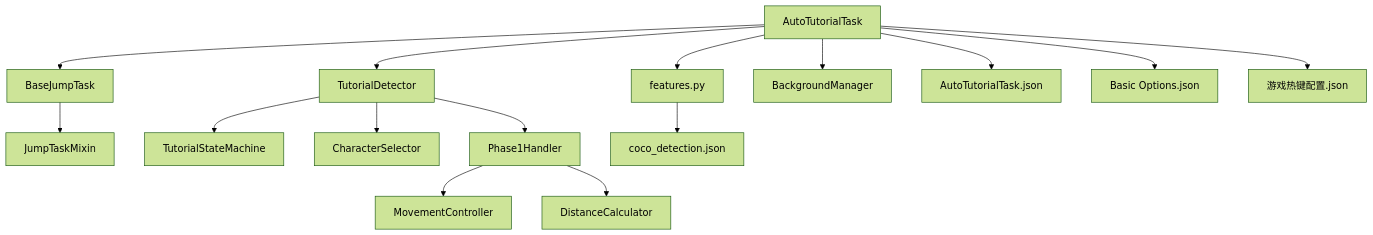
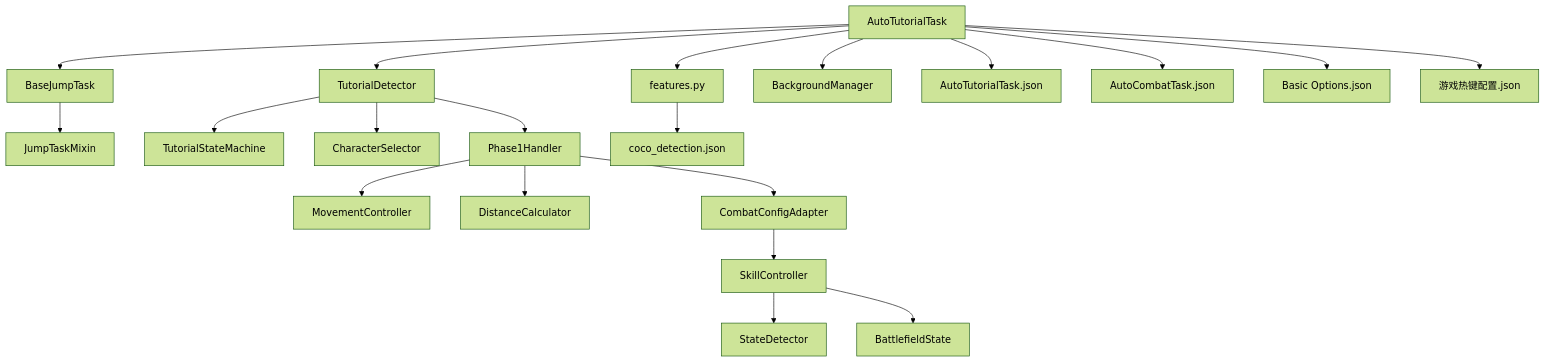
The seventh of 7 diagrams in .qoder/repowiki/zh/content/任务系统/自动教程任务.md (xsy098-max/ok-jump), drawn with Mermaid (forest theme) before and after one commit. The commit also changed other lines of this file and 22 other files, not shown here.

````diff
--- a/.qoder/repowiki/zh/content/任务系统/自动教程任务.md
+++ b/.qoder/repowiki/zh/content/任务系统/自动教程任务.md
@@ -428,17 +521,22 @@
 ```mermaid
 graph TB
 AutoTutorialTask["AutoTutorialTask"] --> BaseJumpTask["BaseJumpTask"]
 BaseJumpTask --> Mixins["JumpTaskMixin"]
 AutoTutorialTask --> TutorialDetector["TutorialDetector"]
 TutorialDetector --> StateMachine["TutorialStateMachine"]
 TutorialDetector --> CharacterSelector["CharacterSelector"]
 TutorialDetector --> Phase1Handler["Phase1Handler"]
 Phase1Handler --> MovementCtrl["MovementController"]
 Phase1Handler --> DistanceCalc["DistanceCalculator"]
+Phase1Handler --> CombatConfigAdapter["CombatConfigAdapter"]
+CombatConfigAdapter --> SkillController["SkillController"]
+SkillController --> StateDetector["StateDetector"]
+SkillController --> BattlefieldState["BattlefieldState"]
 AutoTutorialTask --> Features["features.py"]
 Features --> Coco["coco_detection.json"]
 AutoTutorialTask --> BG["BackgroundManager"]
 AutoTutorialTask --> Cfg1["AutoTutorialTask.json"]
-AutoTutorialTask --> Cfg2["Basic Options.json"]
-AutoTutorialTask --> Cfg3["游戏热键配置.json"]
+AutoTutorialTask --> Cfg2["AutoCombatTask.json"]
+AutoTutorialTask --> Cfg3["Basic Options.json"]
+AutoTutorialTask --> Cfg4["游戏热键配置.json"]
 ```
````
